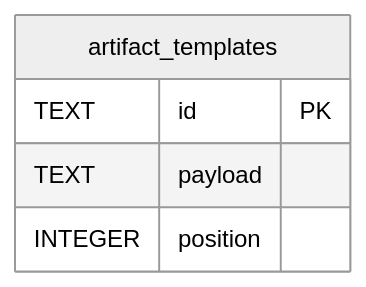
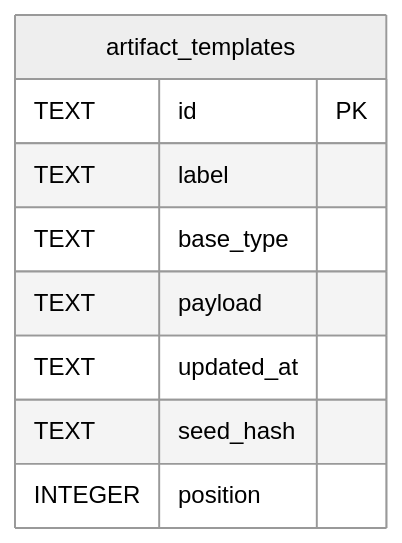
One commit to wiradigitalid/worship-presenter-web changed the diagram in .how/registry/05-model/data-model.md. Above: the diagram before and after it, drawn with Mermaid (neutral theme). The commit also changed other lines of this file and 211 other files, not shown here.

````diff
--- a/.how/registry/05-model/data-model.md
+++ b/.how/registry/05-model/data-model.md
@@ -11,8 +11,12 @@
 ```mermaid
 erDiagram
   artifact_templates {
     TEXT id PK
+    TEXT label
+    TEXT base_type
     TEXT payload
+    TEXT updated_at
+    TEXT seed_hash
     INTEGER position
   }
 ```
````
